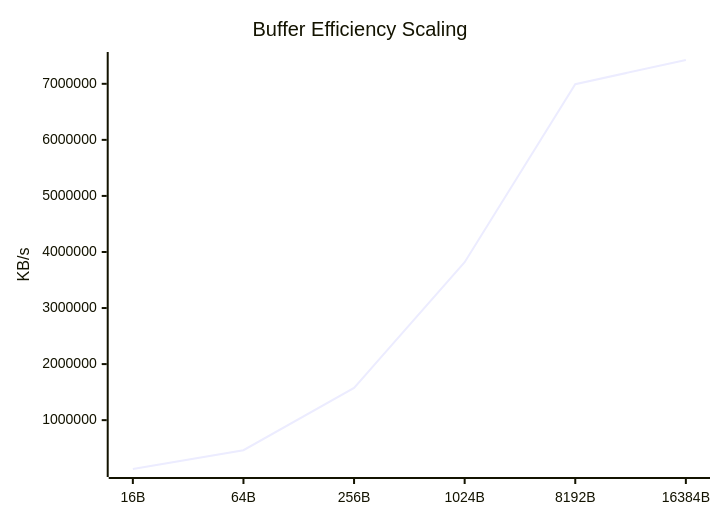
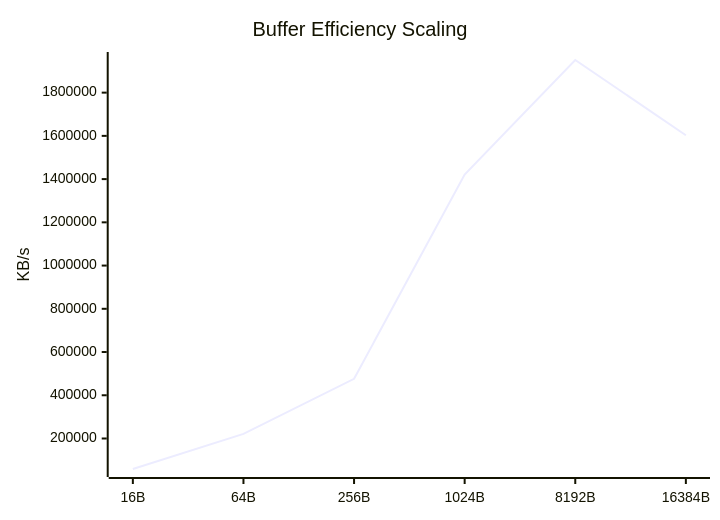
Before and after one commit to taha2samy/openssl_fips: the fifth of 9 diagrams in docs/Comparison_Report.md, drawn with Mermaid. The commit also changed other lines of this file and 5 other files, not shown here.

````diff
--- a/docs/Comparison_Report.md
+++ b/docs/Comparison_Report.md
@@ -94,7 +94,7 @@
 ```mermaid
 xychart-beta
     title "Buffer Efficiency Scaling"
     x-axis [16B, 64B, 256B, 1024B, 8192B, 16384B]
     y-axis "KB/s"
-    line [128469.3, 463985.7, 1574221.57, 3817117.7, 6993510.4, 7424761.86]
+    line [58874.39, 221203.49, 475978.44, 1421252.51, 1950995.67, 1602803.44]
 ```
````
